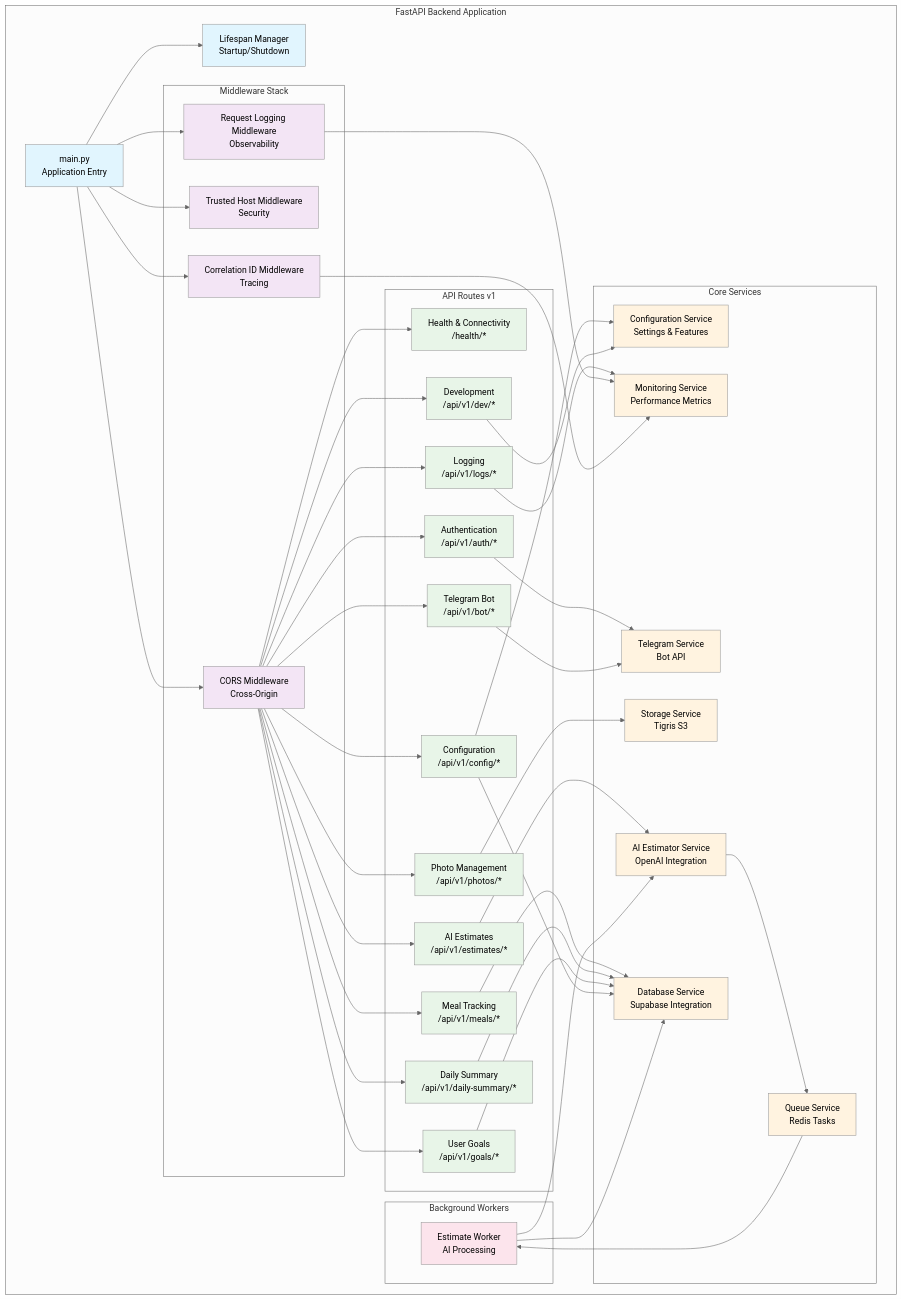
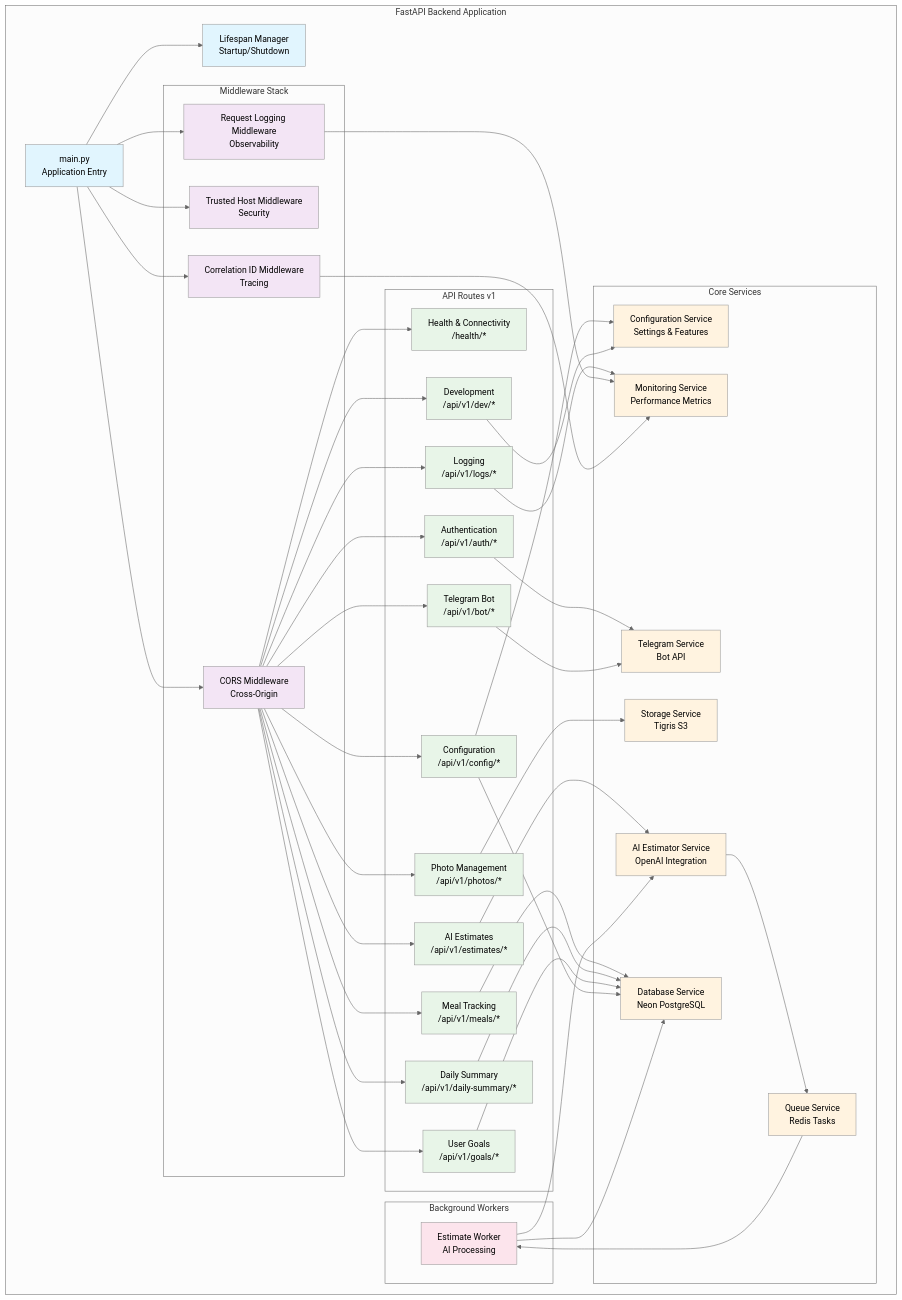
The fourth of 14 diagrams in docs/ARCHITECTURE.md (gofrolist/calorie-track-ai-bot-api), drawn with Mermaid (neutral theme) before and after one commit. The commit also changed other lines of this file and 32 other files, not shown here.

```diff
--- a/docs/ARCHITECTURE.md
+++ b/docs/ARCHITECTURE.md
@@ -286,7 +285,7 @@
 
         subgraph "Core Services"
             CONFIG_SVC[Configuration Service<br/>Settings & Features]
-            DB_SVC[Database Service<br/>Supabase Integration]
+            DB_SVC[Database Service<br/>Neon PostgreSQL]
             STORAGE_SVC[Storage Service<br/>Tigris S3]
             TELEGRAM_SVC[Telegram Service<br/>Bot API]
             ESTIMATOR_SVC[AI Estimator Service<br/>OpenAI Integration]
```
